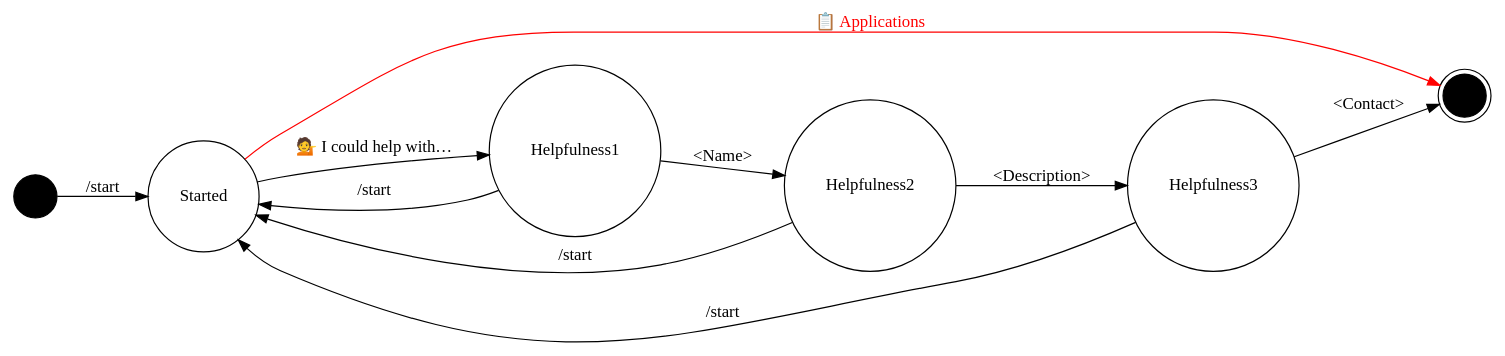
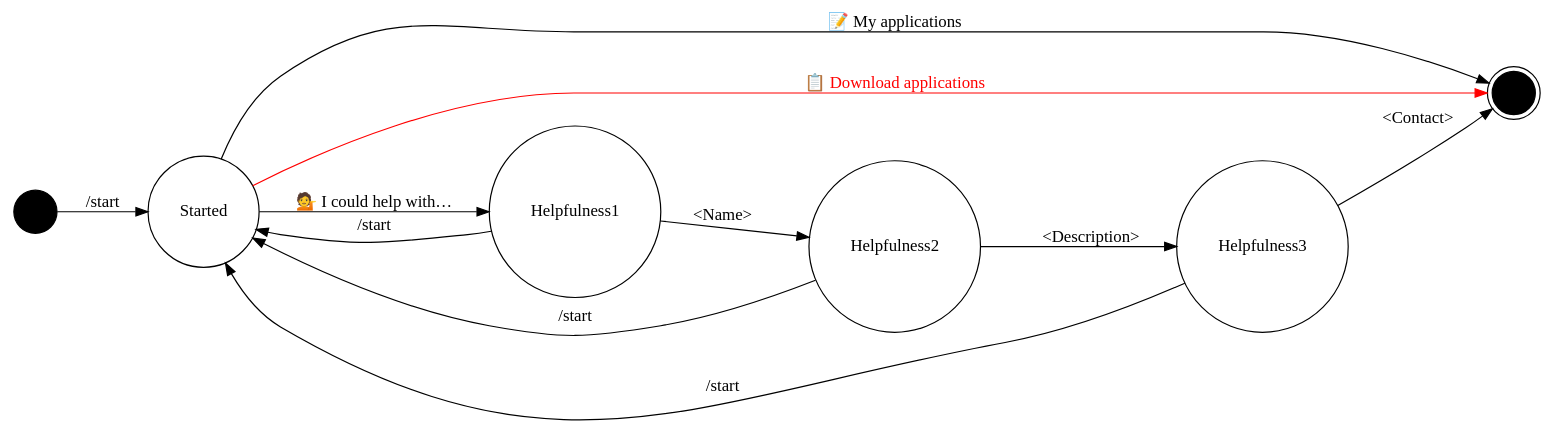
The diagram in docs/FSM.dot (madhead/hoodworking), drawn with Graphviz before and after one commit. The commit also changed 12 other files, not shown here.

```diff
--- a/docs/FSM.dot
+++ b/docs/FSM.dot
@@ -1,21 +1,22 @@
 digraph "Hoodworking FSM" {
     rankdir = LR;
     node [shape = circle, style = filled, fillcolor = white];
 
     START [fillcolor = black, label = ""];
     END [shape = doublecircle, fillcolor = black, label = ""];
     STARTED [label = "Started"];
     HELPFULNESS1 [label = "Helpfulness1"];
     HELPFULNESS2 [label = "Helpfulness2"];
     HELPFULNESS3 [label = "Helpfulness3"];
 
     START -> STARTED [label = "/start"];
-    STARTED -> END [label = "📋 Applications", color = red, fontcolor = red];
     STARTED -> HELPFULNESS1 [label = "💁 I could help with…"];
     HELPFULNESS1 -> HELPFULNESS2 [label = "<Name>"];
     HELPFULNESS1 -> STARTED [label = "/start"];
     HELPFULNESS2 -> HELPFULNESS3 [label = "<Description>"];
     HELPFULNESS2 -> STARTED [label = "/start"];
     HELPFULNESS3 -> END [label = "<Contact>"];
     HELPFULNESS3 -> STARTED [label = "/start"];
+    STARTED -> END [label = "📝 My applications"];
+    STARTED -> END [label = "📋 Download applications", color = red, fontcolor = red];
 }
```
